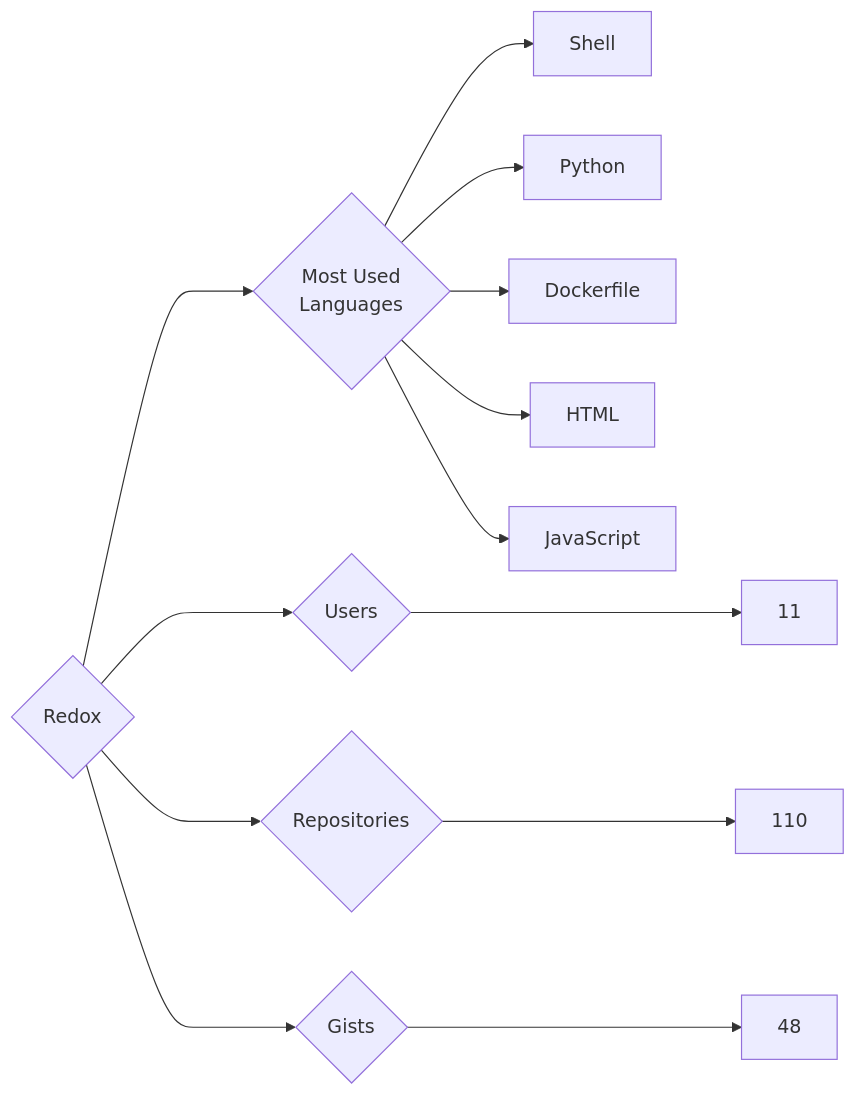
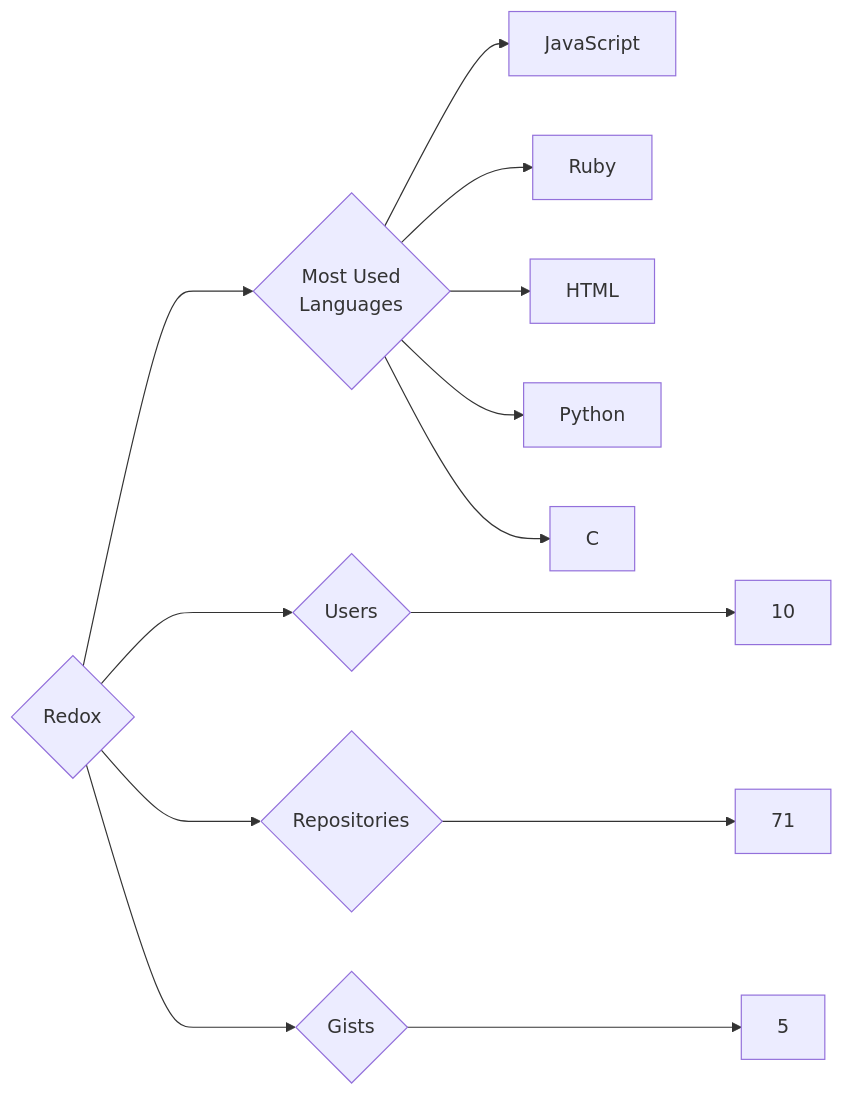
The diagram in targets/Redox/README.md (trickest/insiders), drawn with Mermaid before and after one commit. The commit also changed 860 other files, not shown here.

````diff
--- a/targets/Redox/README.md
+++ b/targets/Redox/README.md
@@ -3,13 +3,13 @@
 ```mermaid
 graph LR
 COMPANY_NAME{Redox}
-COMPANY_NAME ---> U{Users} ---> UN[11]
-COMPANY_NAME ---> R{Repositories} ---> RN[110]
-COMPANY_NAME ---> G{Gists} ---> GN[48]
+COMPANY_NAME ---> U{Users} ---> UN[10]
+COMPANY_NAME ---> R{Repositories} ---> RN[71]
+COMPANY_NAME ---> G{Gists} ---> GN[5]
 COMPANY_NAME ---> ML{Most Used<br>Languages}
-ML --> Shell[Shell]
+ML --> JavaScript[JavaScript]
+ML --> Ruby[Ruby]
+ML --> HTML[HTML]
 ML --> Python[Python]
-ML --> Dockerfile[Dockerfile]
-ML --> HTML[HTML]
-ML --> JavaScript[JavaScript]
+ML --> C[C]
 ```
````
